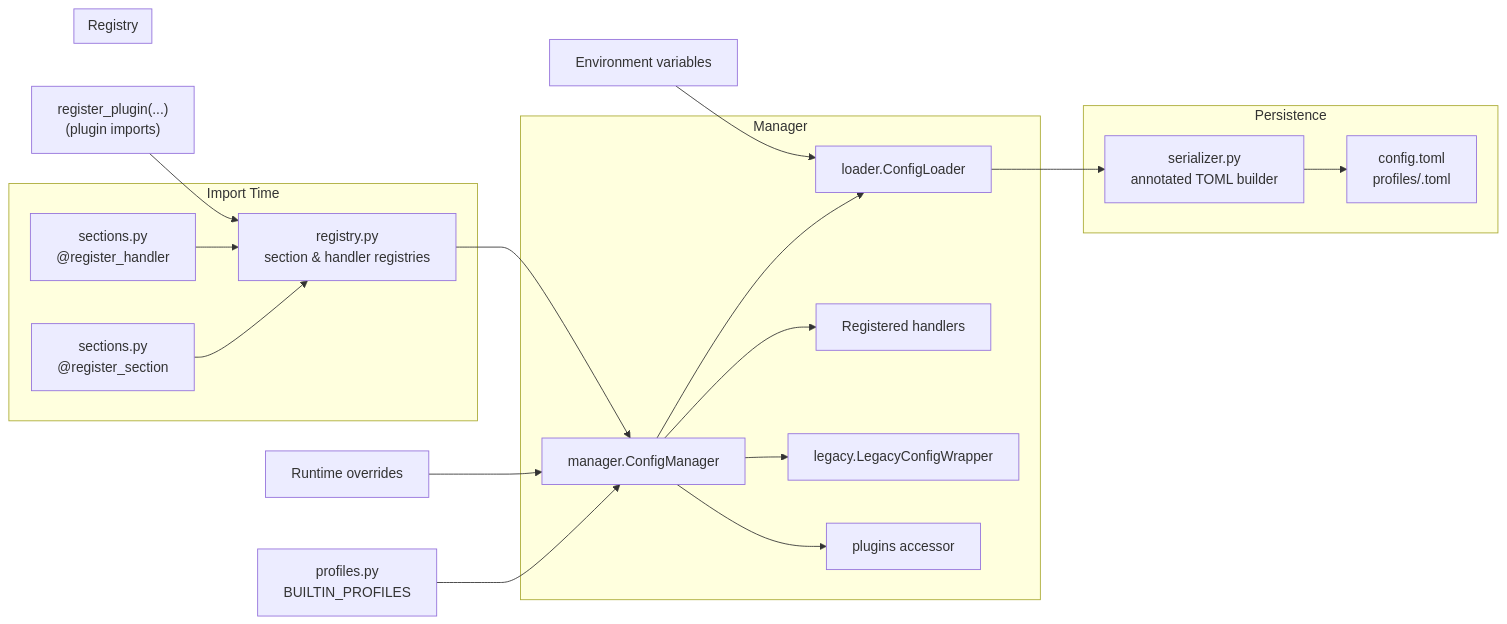
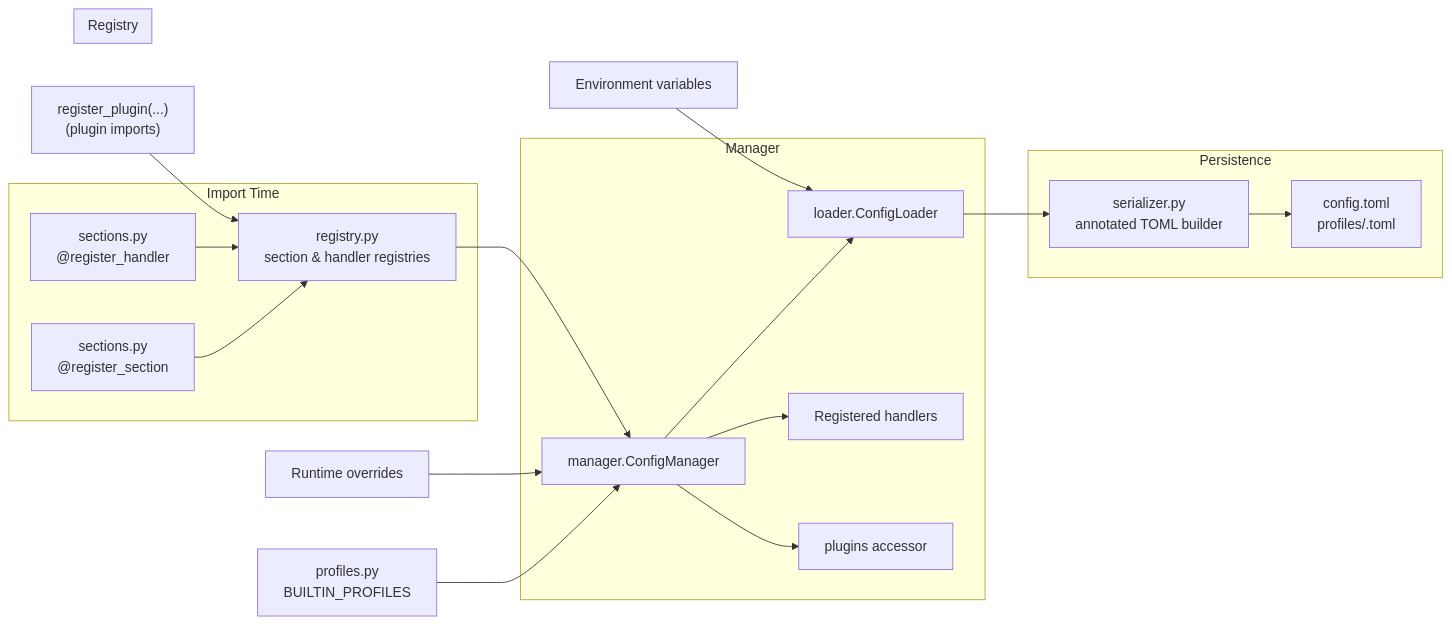
Before and after one commit to flexcompute/tidy3d: the diagram in tidy3d/config/README.md, drawn with Mermaid. The commit also changed other lines of this file and 38 other files, not shown here.

First line of the commit message:
chore(tidy3d-client): remove legacy config api (FXC-7489) (#5002)

````diff
--- a/tidy3d/config/README.md
+++ b/tidy3d/config/README.md
@@ -22,29 +22,28 @@
 ```mermaid
 flowchart LR
     subgraph ImportTime["Import Time"]
         sections_py["sections.py<br/>@register_section"] --> registry_py
         sections_handlers["sections.py<br/>@register_handler"] --> registry_py
     end
 
     subgraph Registry
         registry_py["registry.py<br/>section & handler registries"]
     end
 
     subgraph Manager
         manager_py["manager.ConfigManager"] --> loader_py
         manager_py --> handlers["Registered handlers"]
-        manager_py --> legacy_wrapper["legacy.LegacyConfigWrapper"]
         manager_py --> plugins_accessor["plugins accessor"]
     end
 
     subgraph Persistence
         loader_py["loader.ConfigLoader"] --> serializer_py
         serializer_py["serializer.py<br/>annotated TOML builder"] --> filesystem["config.toml<br/>profiles/<name>.toml"]
     end
 
     env_vars["Environment variables"] --> loader_py
     builtin_profiles["profiles.py<br/>BUILTIN_PROFILES"] --> manager_py
     runtime_overrides["Runtime overrides"] --> manager_py
     plugins["register_plugin(...)<br/>(plugin imports)"] --> registry_py
     registry_py --> manager_py
 ```
````
